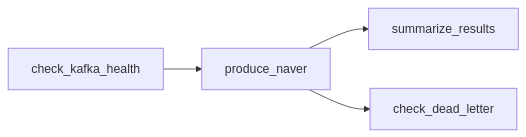
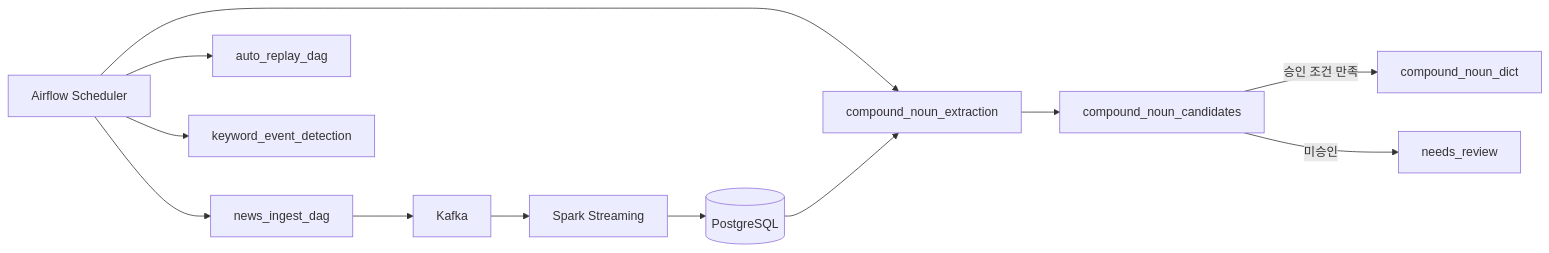
The first of 2 diagrams in docs/develop/Q3_AIRFLOW_DAG.md (yeongmin-yu/news-trend-pipeline-dev), drawn with Mermaid before and after one commit. The commit also changed other lines of this file, not shown here.

Commit message:
docs: replace compound_dictionary_dag with compound_noun_extraction

````diff
--- a/docs/develop/Q3_AIRFLOW_DAG.md
+++ b/docs/develop/Q3_AIRFLOW_DAG.md
@@ -154,6 +18,16 @@
 ```mermaid
 flowchart LR
-    A[check_kafka_health] --> B[produce_naver]
-    B --> C[summarize_results]
-    B --> D[check_dead_letter]
+    A[Airflow Scheduler] --> B[news_ingest_dag]
+    A --> C[auto_replay_dag]
+    A --> D[compound_noun_extraction]
+    A --> E[keyword_event_detection]
+
+    B --> K[Kafka]
+    K --> S[Spark Streaming]
+    S --> DB[(PostgreSQL)]
+
+    DB --> D
+    D --> CAND[compound_noun_candidates]
+    CAND -->|승인 조건 만족| DICT[compound_noun_dict]
+    CAND -->|미승인| REVIEW[needs_review]
 ```
````
